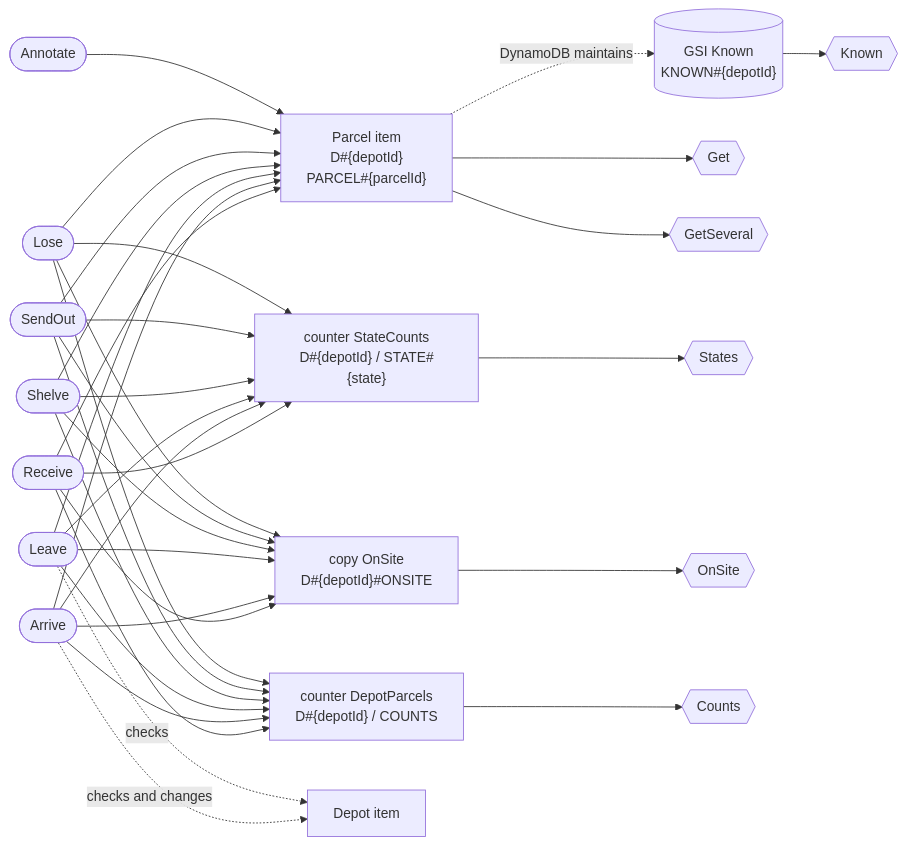
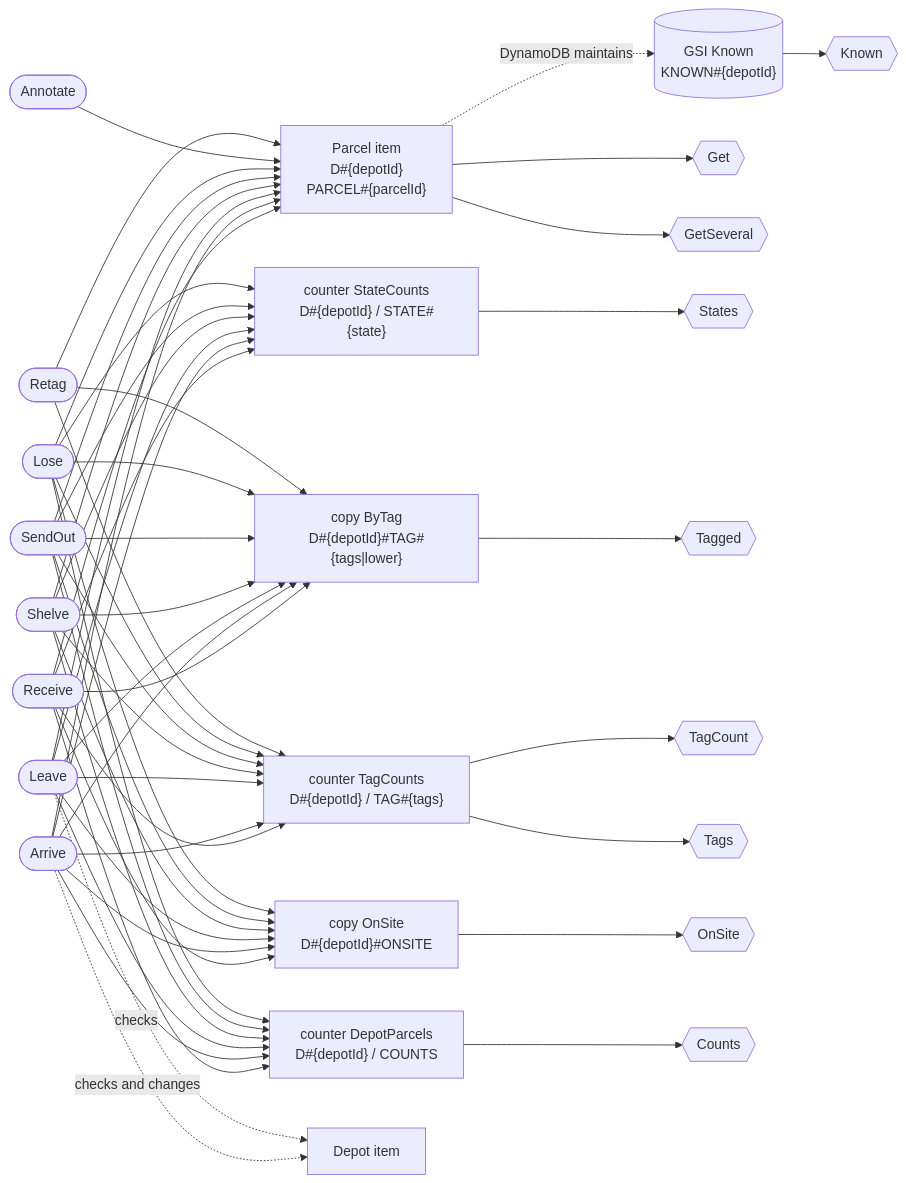
One commit to nicklanng/dynago changed the seventh of 8 diagrams in internal/e2e/fixture/fixture.model.md. Above: the diagram before and after it, drawn with Mermaid. The commit also changed other lines of this file and 17 other files, not shown here.

````diff
--- a/internal/e2e/fixture/fixture.model.md
+++ b/internal/e2e/fixture/fixture.model.md
@@ -412,39 +425,49 @@
 ```mermaid
 flowchart LR
   item_Parcel["Parcel item<br/>D#35;{depotId}<br/>PARCEL#35;{parcelId}"]
   ix_OnSite["copy OnSite<br/>D#35;{depotId}#35;ONSITE"]
+  ix_ByTag["copy ByTag<br/>D#35;{depotId}#35;TAG#35;{tags|lower}"]
   ix_Known[("GSI Known<br/>KNOWN#35;{depotId}")]
   item_Parcel -. DynamoDB maintains .-> ix_Known
   counter_DepotParcels["counter DepotParcels<br/>D#35;{depotId} / COUNTS"]
+  counter_TagCounts["counter TagCounts<br/>D#35;{depotId} / TAG#35;{tags}"]
   counter_StateCounts["counter StateCounts<br/>D#35;{depotId} / STATE#35;{state}"]
   w_Receive(["Receive"])
-  w_Receive --> item_Parcel & ix_OnSite & counter_DepotParcels & counter_StateCounts
+  w_Receive --> item_Parcel & ix_OnSite & ix_ByTag & counter_DepotParcels & counter_TagCounts & counter_StateCounts
   w_Arrive(["Arrive"])
-  w_Arrive --> item_Parcel & ix_OnSite & counter_DepotParcels & counter_StateCounts
+  w_Arrive --> item_Parcel & ix_OnSite & ix_ByTag & counter_DepotParcels & counter_TagCounts & counter_StateCounts
   other_Depot["Depot item"]
   w_Arrive -. checks and changes .-> other_Depot
   w_Leave(["Leave"])
-  w_Leave --> item_Parcel & ix_OnSite & counter_DepotParcels & counter_StateCounts
+  w_Leave --> item_Parcel & ix_OnSite & ix_ByTag & counter_DepotParcels & counter_TagCounts & counter_StateCounts
   other_Depot["Depot item"]
   w_Leave -. checks .-> other_Depot
   w_Shelve(["Shelve"])
-  w_Shelve --> item_Parcel & ix_OnSite & counter_DepotParcels & counter_StateCounts
+  w_Shelve --> item_Parcel & ix_OnSite & ix_ByTag & counter_DepotParcels & counter_TagCounts & counter_StateCounts
   w_SendOut(["SendOut"])
-  w_SendOut --> item_Parcel & ix_OnSite & counter_DepotParcels & counter_StateCounts
+  w_SendOut --> item_Parcel & ix_OnSite & ix_ByTag & counter_DepotParcels & counter_TagCounts & counter_StateCounts
   w_Lose(["Lose"])
-  w_Lose --> item_Parcel & ix_OnSite & counter_DepotParcels & counter_StateCounts
+  w_Lose --> item_Parcel & ix_OnSite & ix_ByTag & counter_DepotParcels & counter_TagCounts & counter_StateCounts
   w_Annotate(["Annotate"])
   w_Annotate --> item_Parcel
+  w_Retag(["Retag"])
+  w_Retag --> item_Parcel & ix_ByTag & counter_TagCounts
   r_Get{{"Get"}}
   item_Parcel --> r_Get
   r_GetSeveral{{"GetSeveral"}}
   item_Parcel --> r_GetSeveral
   r_States{{"States"}}
   counter_StateCounts --> r_States
+  r_Tagged{{"Tagged"}}
+  ix_ByTag --> r_Tagged
+  r_TagCount{{"TagCount"}}
+  counter_TagCounts --> r_TagCount
+  r_Tags{{"Tags"}}
+  counter_TagCounts --> r_Tags
   r_OnSite{{"OnSite"}}
   ix_OnSite --> r_OnSite
   r_Known{{"Known"}}
   ix_Known --> r_Known
   r_Counts{{"Counts"}}
   counter_DepotParcels --> r_Counts
 ```
````
